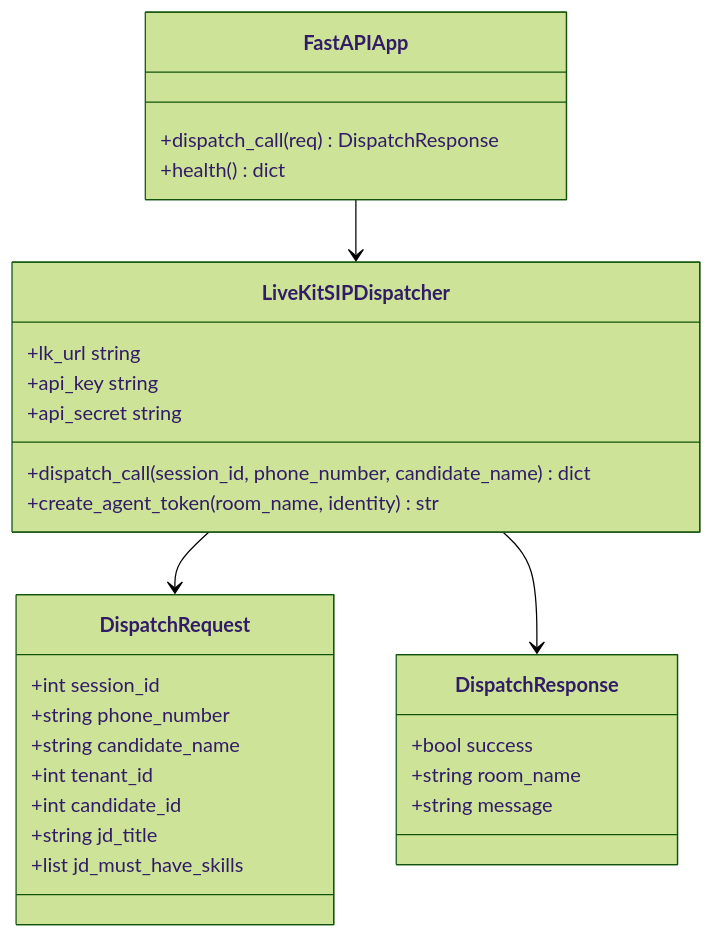
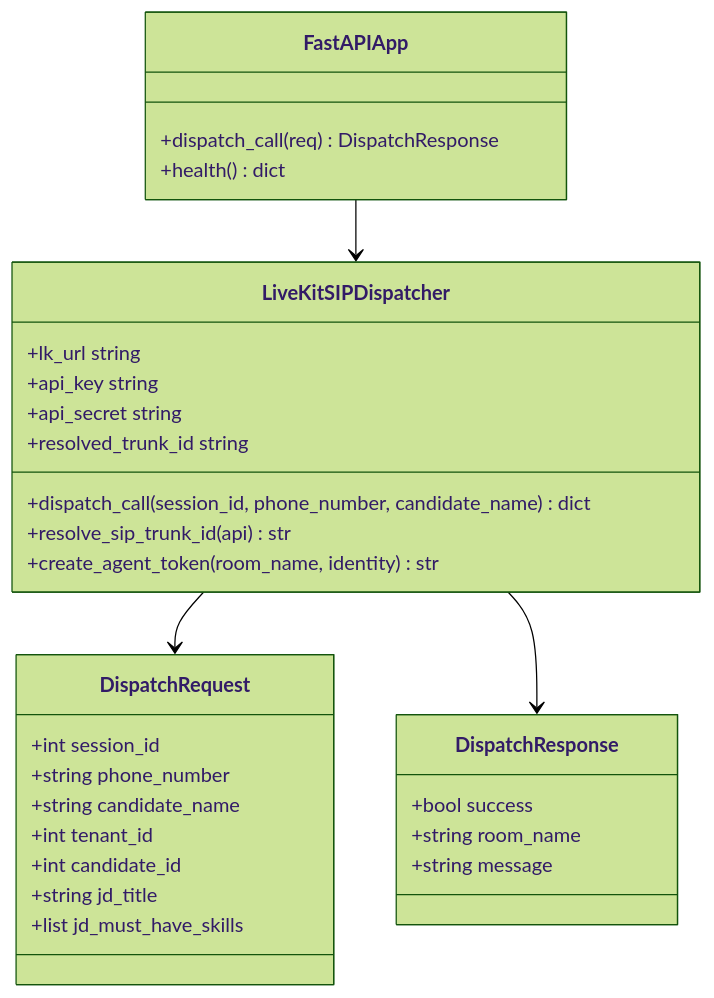
One commit to Revanththetalogics/aireume changed the second of 20 diagrams in .qoder/repowiki/en/content/Advanced Topics/Voice Agent Conversation System.md. Above: the diagram before and after it, drawn with Mermaid (forest theme). The commit also changed other lines of this file and 118 other files, not shown here.

````diff
--- a/.qoder/repowiki/en/content/Advanced Topics/Voice Agent Conversation System.md
+++ b/.qoder/repowiki/en/content/Advanced Topics/Voice Agent Conversation System.md
@@ -116,31 +119,33 @@
 ```mermaid
 classDiagram
 class LiveKitSIPDispatcher {
 +dispatch_call(session_id, phone_number, candidate_name) dict
++resolve_sip_trunk_id(api) str
 +create_agent_token(room_name, identity) str
 +lk_url string
 +api_key string
 +api_secret string
++resolved_trunk_id string
 }
 class DispatchRequest {
 +int session_id
 +string phone_number
 +string candidate_name
 +int tenant_id
 +int candidate_id
 +string jd_title
 +list jd_must_have_skills
 }
 class DispatchResponse {
 +bool success
 +string room_name
 +string message
 }
 class FastAPIApp {
 +dispatch_call(req) DispatchResponse
 +health() dict
 }
 LiveKitSIPDispatcher --> DispatchRequest
 LiveKitSIPDispatcher --> DispatchResponse
 FastAPIApp --> LiveKitSIPDispatcher
 ```
````
